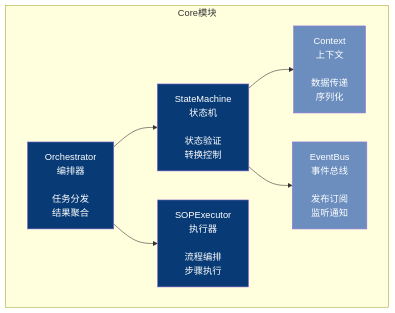
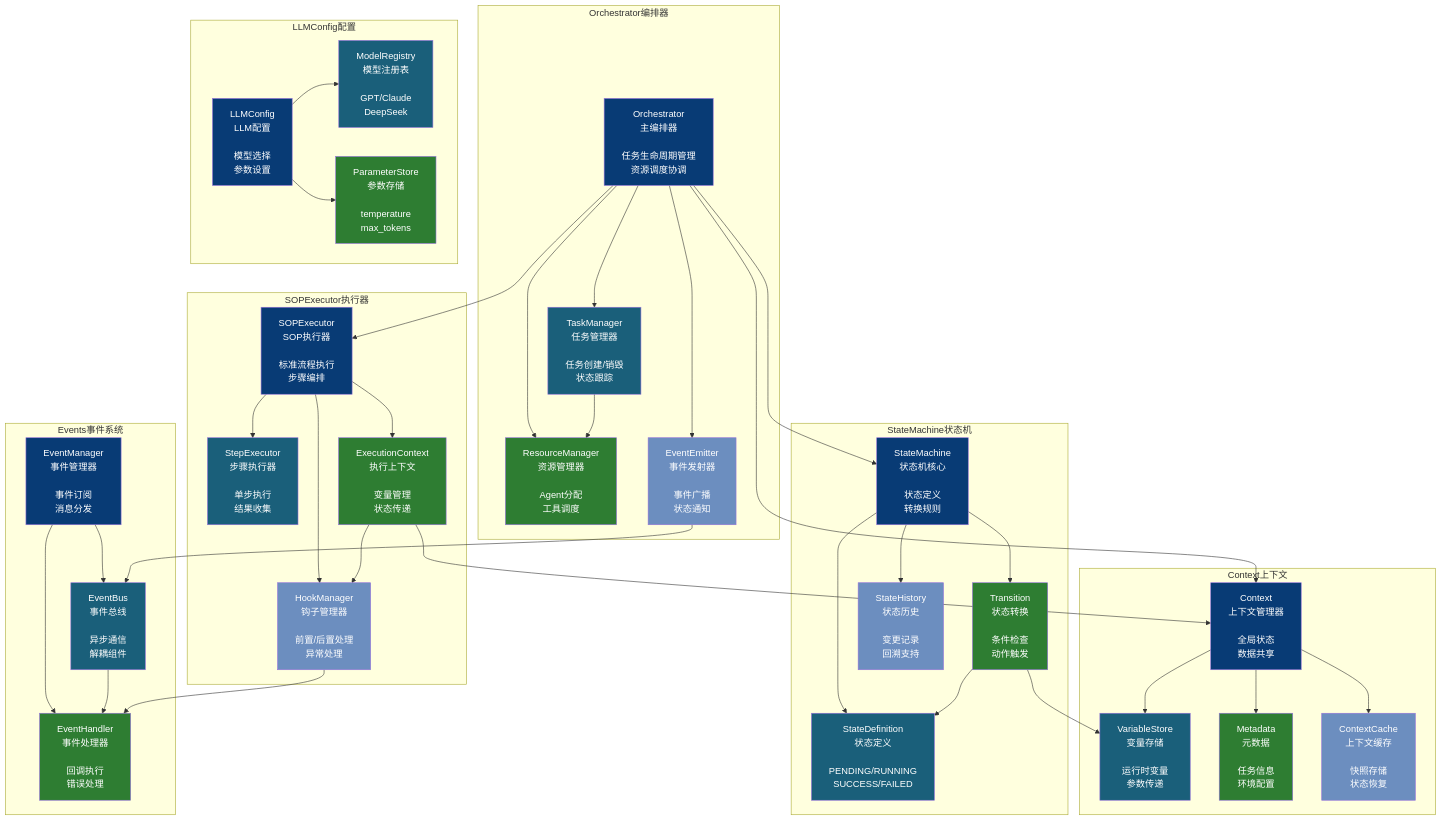
The first of 2 diagrams in OpsPilot/docs/architecture/module-core.md (Aiting-for-you/OpsPilot), drawn with Mermaid before and after one commit. The commit also changed other lines of this file and 7 other files, not shown here.

Commit message:
refactor: 大幅扩展架构图组件，反映真实系统复杂度

````diff
--- a/OpsPilot/docs/architecture/module-core.md
+++ b/OpsPilot/docs/architecture/module-core.md
@@ -5,21 +5,94 @@
 ```mermaid
 graph TB
-    subgraph Core模块
-        ORCH[Orchestrator<br/>编排器<br/><br/>任务分发<br/>结果聚合]
-        FSM[StateMachine<br/>状态机<br/><br/>状态验证<br/>转换控制]
-        CTX[Context<br/>上下文<br/><br/>数据传递<br/>序列化]
-        EVT[EventBus<br/>事件总线<br/><br/>发布订阅<br/>监听通知]
-        SOP[SOPExecutor<br/>执行器<br/><br/>流程编排<br/>步骤执行]
+    subgraph Orchestrator编排器
+        ORCH[Orchestrator<br/>主编排器<br/><br/>任务生命周期管理<br/>资源调度协调]
+        ORCH_TASK[TaskManager<br/>任务管理器<br/><br/>任务创建/销毁<br/>状态跟踪]
+        ORCH_RES[ResourceManager<br/>资源管理器<br/><br/>Agent分配<br/>工具调度]
+        ORCH_EVENT[EventEmitter<br/>事件发射器<br/><br/>事件广播<br/>状态通知]
     end
 
-    ORCH --> FSM
+    subgraph StateMachine状态机
+        SM[StateMachine<br/>状态机核心<br/><br/>状态定义<br/>转换规则]
+        SM_DEF[StateDefinition<br/>状态定义<br/><br/>PENDING/RUNNING<br/>SUCCESS/FAILED]
+        SM_TRANS[Transition<br/>状态转换<br/><br/>条件检查<br/>动作触发]
+        SM_HIST[StateHistory<br/>状态历史<br/><br/>变更记录<br/>回溯支持]
+    end
+
+    subgraph SOPExecutor执行器
+        SOP[SOPExecutor<br/>SOP执行器<br/><br/>标准流程执行<br/>步骤编排]
+        SOP_STEP[StepExecutor<br/>步骤执行器<br/><br/>单步执行<br/>结果收集]
+        SOP_CTX[ExecutionContext<br/>执行上下文<br/><br/>变量管理<br/>状态传递]
+        SOP_HOOK[HookManager<br/>钩子管理器<br/><br/>前置/后置处理<br/>异常处理]
+    end
+
+    subgraph Context上下文
+        CTX[Context<br/>上下文管理器<br/><br/>全局状态<br/>数据共享]
+        CTX_VAR[VariableStore<br/>变量存储<br/><br/>运行时变量<br/>参数传递]
+        CTX_META[Metadata<br/>元数据<br/><br/>任务信息<br/>环境配置]
+        CTX_CACHE[ContextCache<br/>上下文缓存<br/><br/>快照存储<br/>状态恢复]
+    end
+
+    subgraph Events事件系统
+        EVT[EventManager<br/>事件管理器<br/><br/>事件订阅<br/>消息分发]
+        EVT_BUS[EventBus<br/>事件总线<br/><br/>异步通信<br/>解耦组件]
+        EVT_HANDLER[EventHandler<br/>事件处理器<br/><br/>回调执行<br/>错误处理]
+    end
+
+    subgraph LLMConfig配置
+        LLM_CFG[LLMConfig<br/>LLM配置<br/><br/>模型选择<br/>参数设置]
+        LLM_MODEL[ModelRegistry<br/>模型注册表<br/><br/>GPT/Claude<br/>DeepSeek]
+        LLM_PARAMS[ParameterStore<br/>参数存储<br/><br/>temperature<br/>max_tokens]
+    end
+
+    %% Orchestrator内部连接
+    ORCH --> ORCH_TASK
+    ORCH --> ORCH_RES
+    ORCH --> ORCH_EVENT
+    ORCH_TASK --> ORCH_RES
+
+    %% StateMachine内部连接
+    SM --> SM_DEF
+    SM --> SM_TRANS
+    SM --> SM_HIST
+    SM_TRANS --> SM_DEF
+
+    %% SOPExecutor内部连接
+    SOP --> SOP_STEP
+    SOP --> SOP_CTX
+    SOP --> SOP_HOOK
+    SOP_CTX --> SOP_HOOK
+
+    %% Context内部连接
+    CTX --> CTX_VAR
+    CTX --> CTX_META
+    CTX --> CTX_CACHE
+
+    %% Events内部连接
+    EVT --> EVT_BUS
+    EVT --> EVT_HANDLER
+    EVT_BUS --> EVT_HANDLER
+
+    %% LLMConfig内部连接
+    LLM_CFG --> LLM_MODEL
+    LLM_CFG --> LLM_PARAMS
+
+    %% 模块间连接
+    ORCH --> SM
     ORCH --> SOP
-    FSM --> CTX
-    FSM --> EVT
+    ORCH --> CTX
+    ORCH_EVENT --> EVT_BUS
+    SM_TRANS --> CTX_VAR
+    SOP_CTX --> CTX
+    SOP_HOOK --> EVT_HANDLER
 
-    style ORCH fill:#083B75,color:#fff
-    style FSM fill:#083B75,color:#fff
-    style CTX fill:#6C8EBF,color:#fff
-    style EVT fill:#6C8EBF,color:#fff
-    style SOP fill:#083B75,color:#fff
+    %% 样式
+    classDef primary fill:#083B75,color:#fff
+    classDef secondary fill:#1a5f7a,color:#fff
+    classDef tertiary fill:#2e7d32,color:#fff
+    classDef support fill:#6C8EBF,color:#fff
+
+    class ORCH,SM,SOP,CTX,EVT,LLM_CFG primary
+    class ORCH_TASK,SM_DEF,SOP_STEP,CTX_VAR,EVT_BUS,LLM_MODEL secondary
+    class ORCH_RES,SM_TRANS,SOP_CTX,CTX_META,EVT_HANDLER,LLM_PARAMS tertiary
+    class ORCH_EVENT,SM_HIST,SOP_HOOK,CTX_CACHE support
 ```
````
